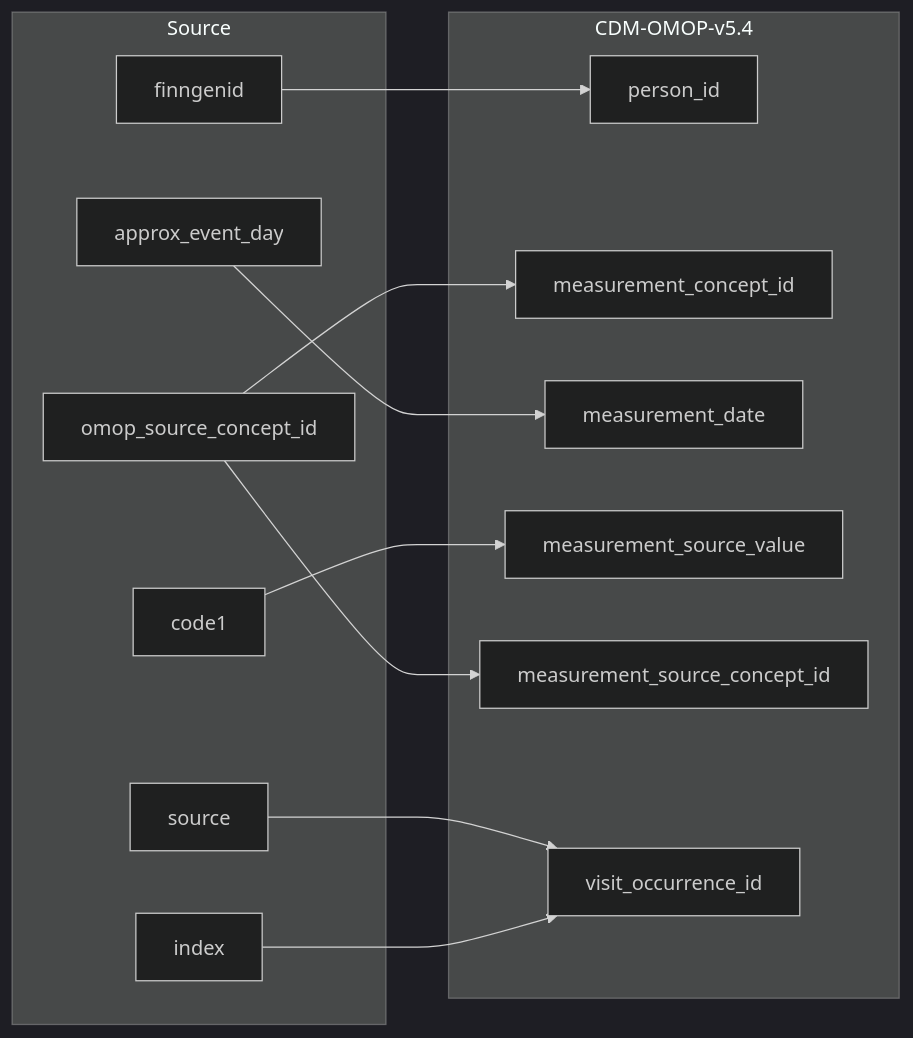
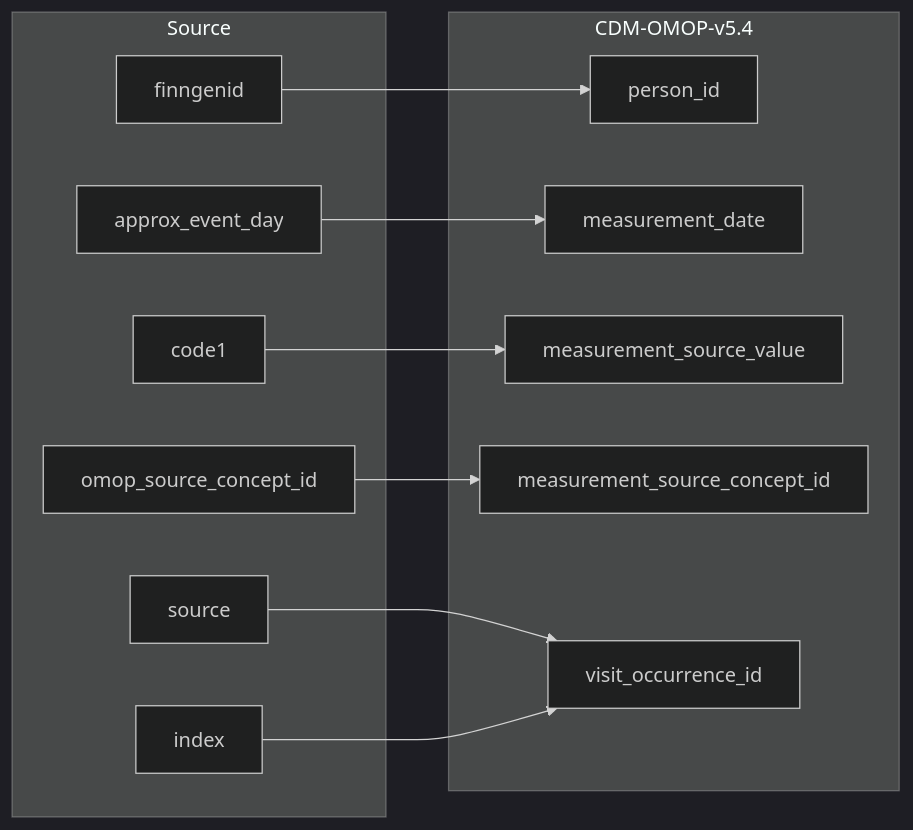
The diagram in 2_etl_specifications/documentation/measurement.md (FINNGEN/ETL), drawn with Mermaid (dark theme) before and after one commit. The commit also changed other lines of this file and 10 other files, not shown here.

````diff
--- a/2_etl_specifications/documentation/measurement.md
+++ b/2_etl_specifications/documentation/measurement.md
@@ -5,28 +5,26 @@
 ```mermaid
 flowchart LR
     subgraph Source
         finngenid
         source
         approx_event_day
         code1
         index
         omop_source_concept_id
     end
 
     subgraph CDM-OMOP-v5.4
         person_id
-        measurement_concept_id
         measurement_date
         measurement_source_value
         measurement_source_concept_id
         visit_occurrence_id
     end
 
     finngenid-->person_id
-    omop_source_concept_id-->measurement_concept_id
     approx_event_day-->measurement_date
     code1-->measurement_source_value
     omop_source_concept_id-->measurement_source_concept_id
     source-->visit_occurrence_id
     index-->visit_occurrence_id
 ```
````
